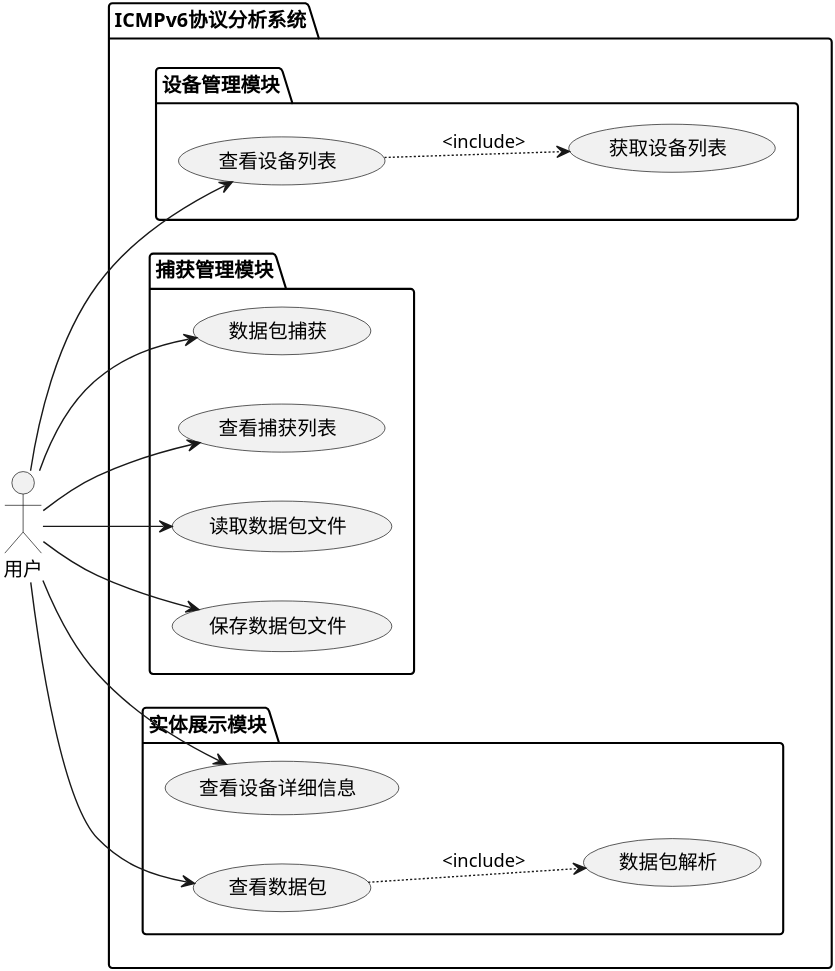
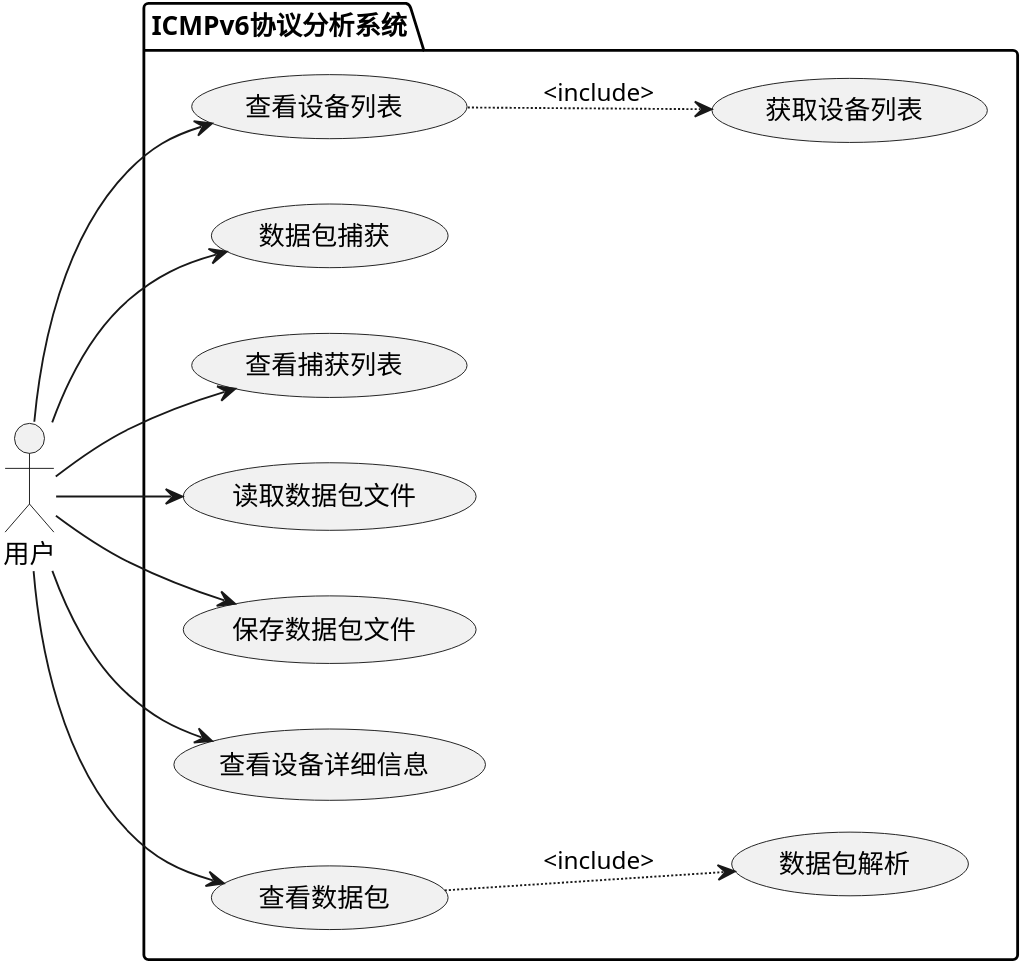
Before and after one commit to Baymax104/icmpv6-parser: the diagram in Icmpv6/doc/SystemUseCase.puml, drawn with PlantUML. The commit also changed 24 other files, not shown here.

```diff
--- a/Icmpv6/doc/SystemUseCase.puml
+++ b/Icmpv6/doc/SystemUseCase.puml
@@ -1,42 +1,36 @@
 @startuml
 'https://plantuml.com/use-case-diagram
 
-skinparam dpi 450
+skinparam dpi 600
 left to right direction
 
 actor 用户 as User
 
 package ICMPv6协议分析系统 {
     
-    package 设备管理模块 {
-        usecase 查看设备列表
-        usecase 获取设备列表
-    }
-    
-    package 捕获管理模块 {
-        usecase 数据包捕获
-        usecase 查看捕获列表
-        usecase 读取数据包文件
-        usecase 保存数据包文件
-    }
-    
-    package 实体展示模块 {
-        usecase 查看设备详细信息
-        usecase 查看数据包
-        usecase 数据包解析
-    }
+    usecase 查看设备列表
+    usecase 获取设备列表
+
+    usecase 数据包捕获
+    usecase 查看捕获列表
+    usecase 读取数据包文件
+    usecase 保存数据包文件
+
+    usecase 查看设备详细信息
+    usecase 查看数据包
+    usecase 数据包解析
 }
 
 User --> 查看设备列表
 User --> 数据包捕获
 查看设备列表 ..> 获取设备列表: <include>
 
 User --> 查看捕获列表
 User --> 读取数据包文件
 User --> 保存数据包文件
 查看数据包 ..> 数据包解析 :<include>
 
 User --> 查看设备详细信息
 User --> 查看数据包
 
 @enduml
```
